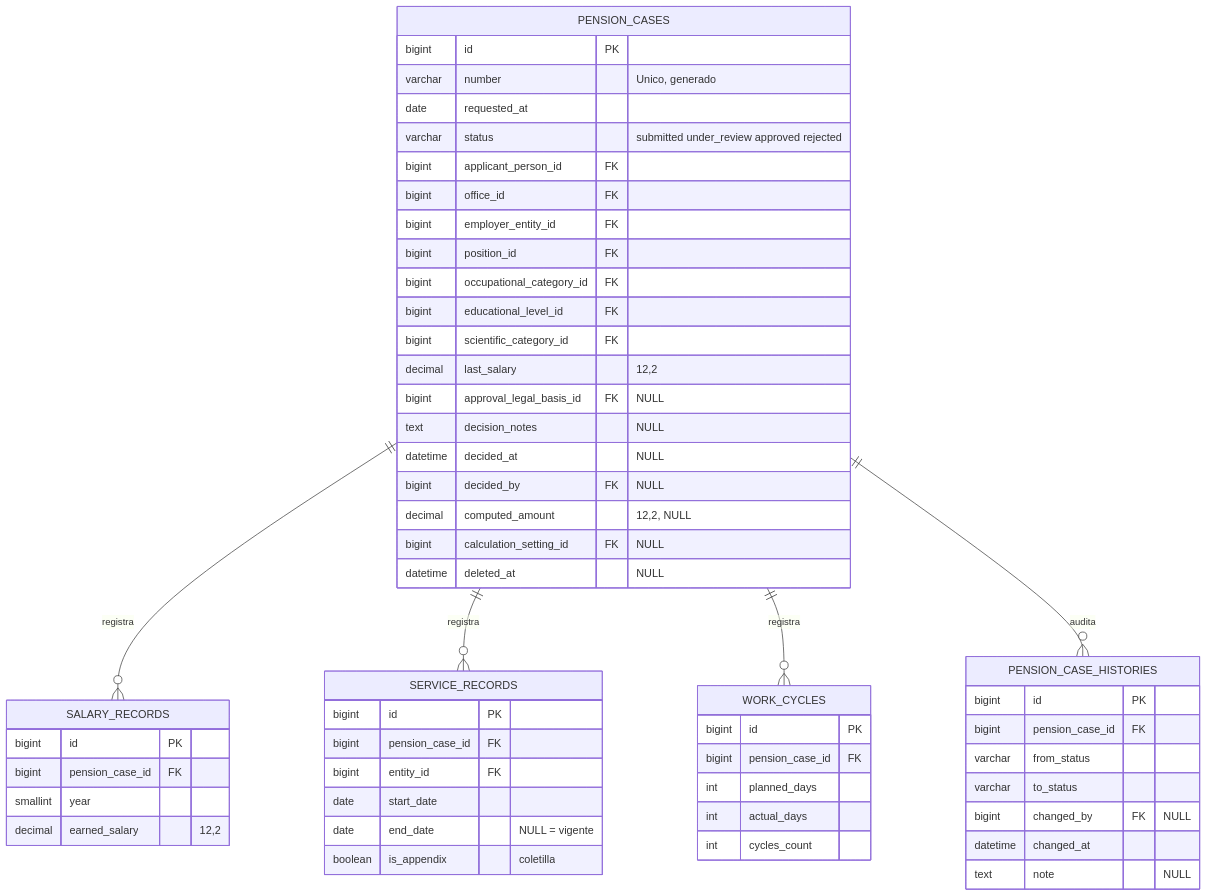
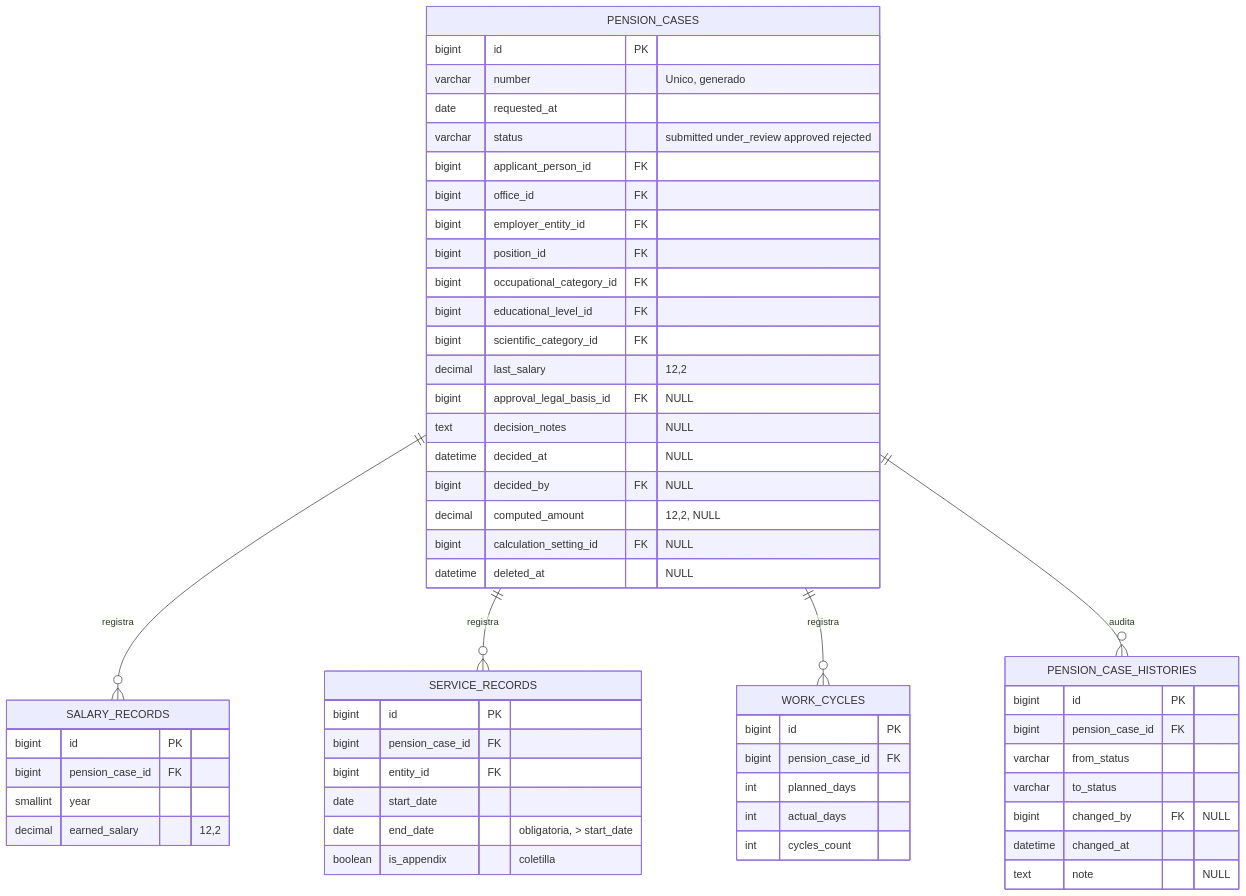
One commit to keniercb/inass_siss changed the fifth of 7 diagrams in download/Modelo de datos.md. Above: the diagram before and after it, drawn with Mermaid. The commit also changed other lines of this file and 4 other files, not shown here.

````diff
--- a/download/Modelo de datos.md
+++ b/download/Modelo de datos.md
@@ -310,58 +310,58 @@
 ```mermaid
 erDiagram
     PENSION_CASES {
         bigint id PK
         varchar number "Unico, generado"
         date requested_at
         varchar status "submitted under_review approved rejected"
         bigint applicant_person_id FK
         bigint office_id FK
         bigint employer_entity_id FK
         bigint position_id FK
         bigint occupational_category_id FK
         bigint educational_level_id FK
         bigint scientific_category_id FK
         decimal last_salary "12,2"
         bigint approval_legal_basis_id FK "NULL"
         text decision_notes "NULL"
         datetime decided_at "NULL"
         bigint decided_by FK "NULL"
         decimal computed_amount "12,2, NULL"
         bigint calculation_setting_id FK "NULL"
         datetime deleted_at "NULL"
     }
     SALARY_RECORDS {
         bigint id PK
         bigint pension_case_id FK
         smallint year
         decimal earned_salary "12,2"
     }
     SERVICE_RECORDS {
         bigint id PK
         bigint pension_case_id FK
         bigint entity_id FK
         date start_date
-        date end_date "NULL = vigente"
+        date end_date "obligatoria, > start_date"
         boolean is_appendix "coletilla"
     }
     WORK_CYCLES {
         bigint id PK
         bigint pension_case_id FK
         int planned_days
         int actual_days
         int cycles_count
     }
     PENSION_CASE_HISTORIES {
         bigint id PK
         bigint pension_case_id FK
         varchar from_status
         varchar to_status
         bigint changed_by FK "NULL"
         datetime changed_at
         text note "NULL"
     }
     PENSION_CASES ||--o{ SALARY_RECORDS : "registra"
     PENSION_CASES ||--o{ SERVICE_RECORDS : "registra"
     PENSION_CASES ||--o{ WORK_CYCLES : "registra"
     PENSION_CASES ||--o{ PENSION_CASE_HISTORIES : "audita"
 ```
````
